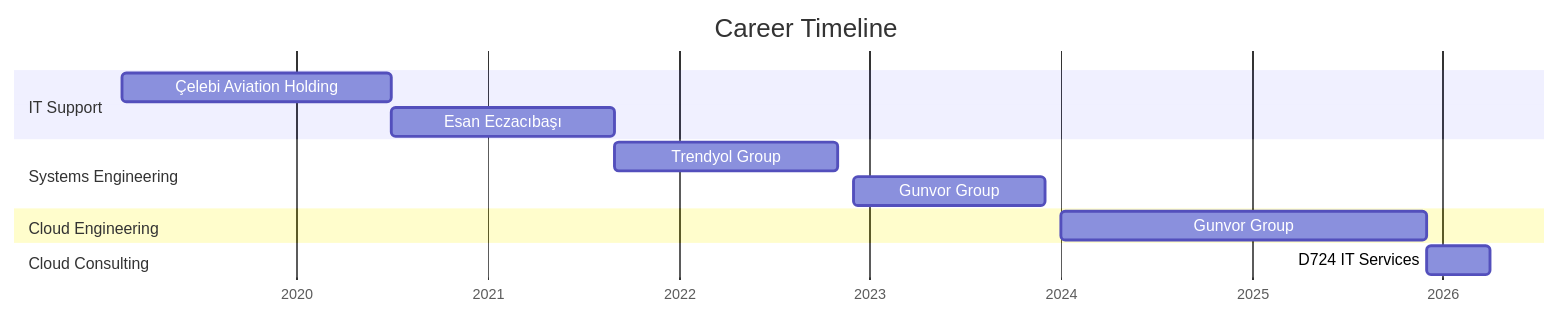
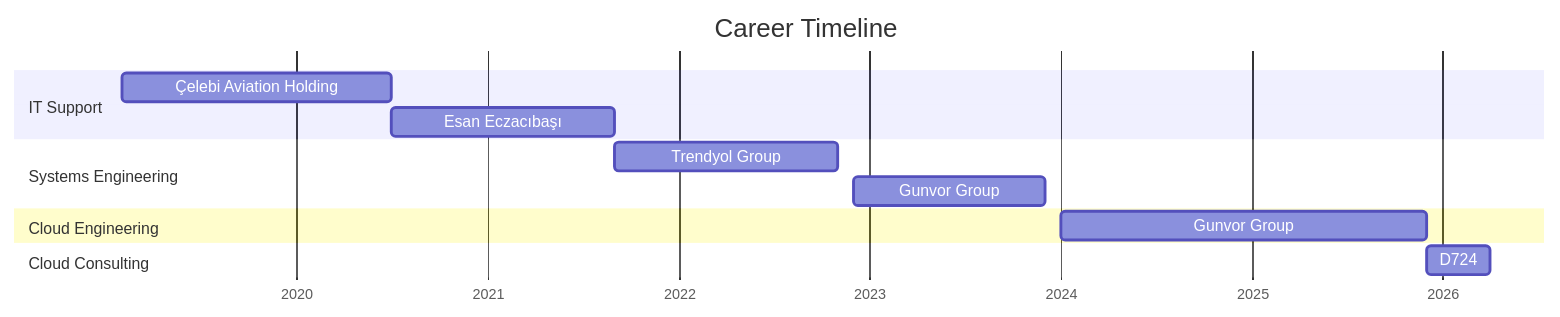
Before and after one commit to ozanberkpolat/ozanberkpolat.github.io: the first of 3 diagrams in _tabs/about.md, drawn with Mermaid.

Commit message:
changed name to d724

````diff
--- a/_tabs/about.md
+++ b/_tabs/about.md
@@ -23,20 +23,20 @@
 ```mermaid
 gantt
     title Career Timeline
     dateFormat  YYYY-MM
     axisFormat  %Y
 
     section IT Support
     Çelebi Aviation Holding       :2019-02, 2020-07
     Esan Eczacıbaşı               :2020-07, 2021-09
 
     section Systems Engineering
     Trendyol Group                :2021-09, 2022-11
     Gunvor Group                  :2022-12, 2023-12
 
     section Cloud Engineering
     Gunvor Group                  :2024-01, 2025-12
 
     section Cloud Consulting
-    D724 IT Services              :2025-12, 2026-04
+    D724                          :2025-12, 2026-04
 ```
````
